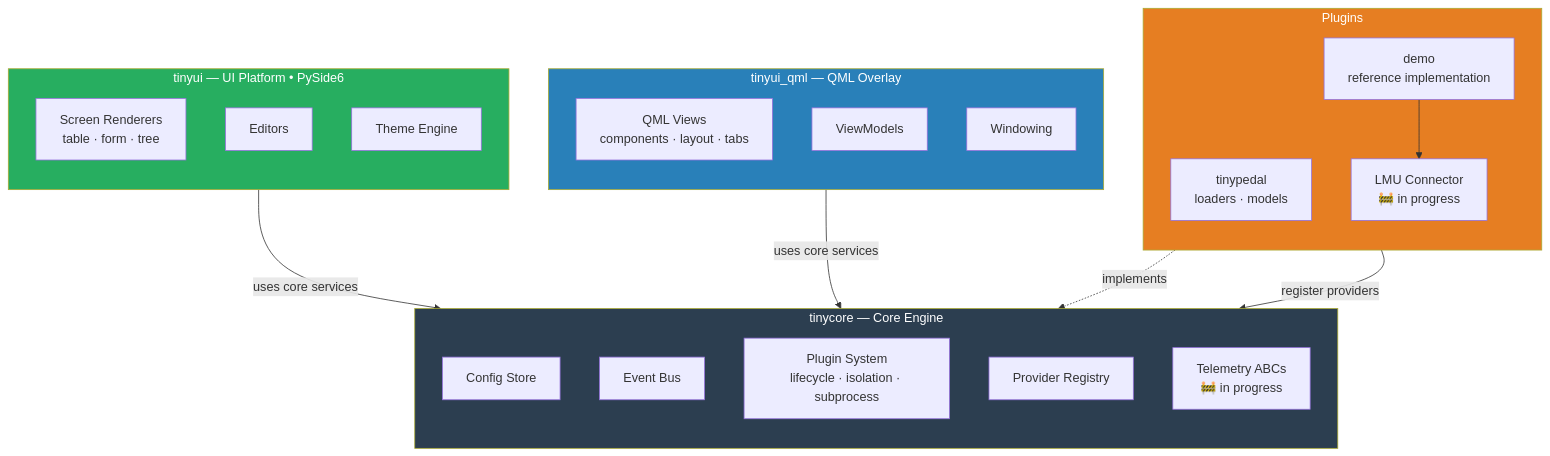
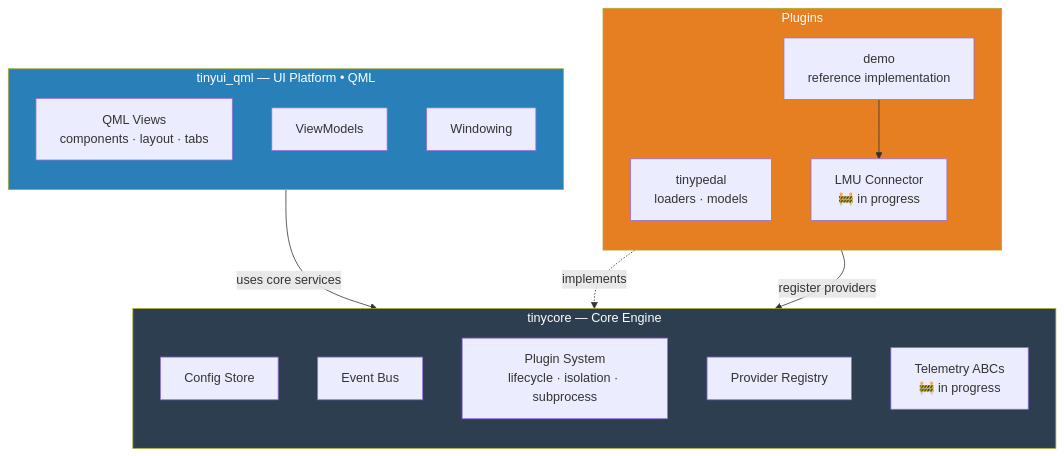
One commit to Oost-hash/TinyUi changed the diagram in README.md. Above: the diagram before and after it, drawn with Mermaid.

Commit message:
diagram: tinyui eruit, tinyui_qml is de UI platform
PySide6 UI wordt vervangen door QML, diagram aangepast.

````diff
--- a/README.md
+++ b/README.md
@@ -30,44 +30,35 @@
 ```mermaid
 graph TB
 
     subgraph Core["tinycore — Core Engine"]
         direction TB
         store[Config Store]
         bus[Event Bus]
         pluginsys[Plugin System\nlifecycle · isolation · subprocess]
         providers[Provider Registry]
         telemetry[Telemetry ABCs\n🚧 in progress]
     end
 
-    subgraph UI["tinyui — UI Platform  •  PySide6"]
-        direction TB
-        screens[Screen Renderers\ntable · form · tree]
-        editors[Editors]
-        theme[Theme Engine]
-    end
-
-    subgraph QML["tinyui_qml — QML Overlay"]
+    subgraph QML["tinyui_qml — UI Platform  •  QML"]
         direction TB
         qmlviews[QML Views\ncomponents · layout · tabs]
         viewmodels[ViewModels]
         windowing[Windowing]
     end
 
     subgraph Plugins["Plugins"]
         direction TB
         tp[tinypedal\nloaders · models]
         demo[demo\nreference implementation]
         connector[LMU Connector\n🚧 in progress]
     end
 
     Plugins -->|register providers| Core
-    UI -->|uses core services| Core
     QML -->|uses core services| Core
     demo --> connector
     connector -.->|implements| telemetry
 
     style Core fill:#2c3e50,color:#fff
-    style UI fill:#27ae60,color:#fff
     style QML fill:#2980b9,color:#fff
     style Plugins fill:#e67e22,color:#fff
 ```
````
